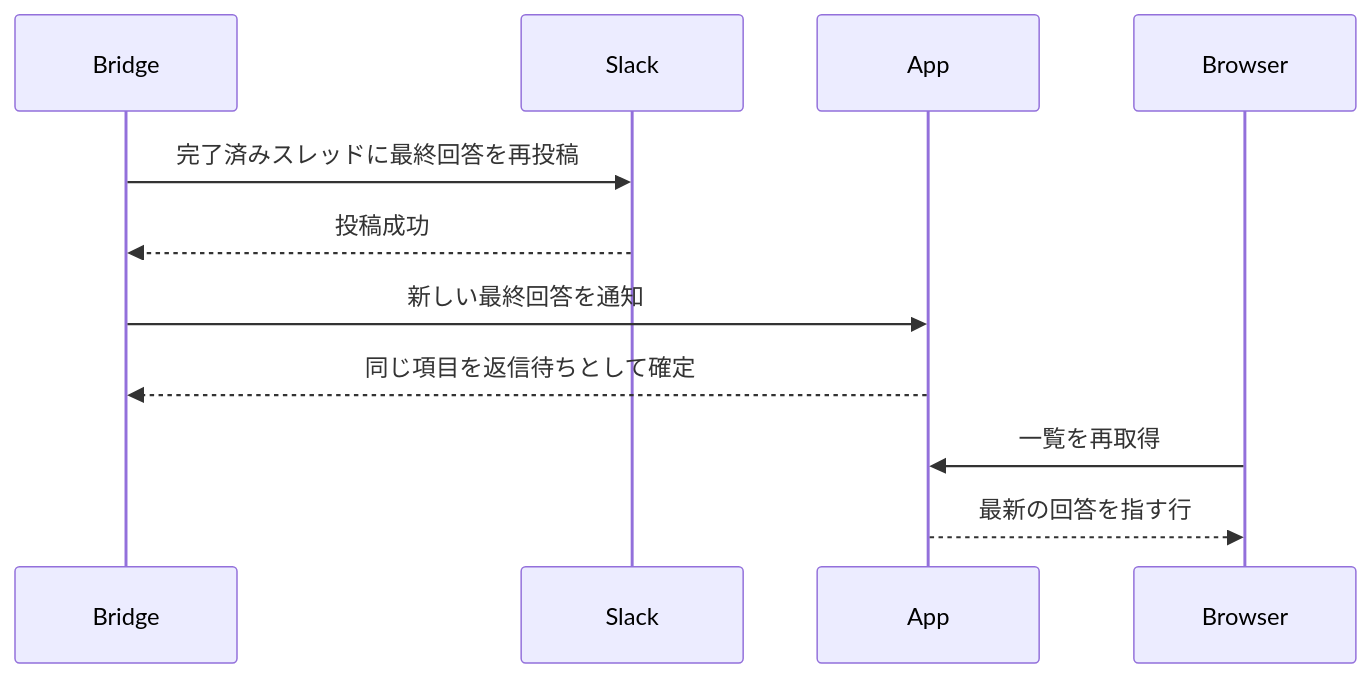
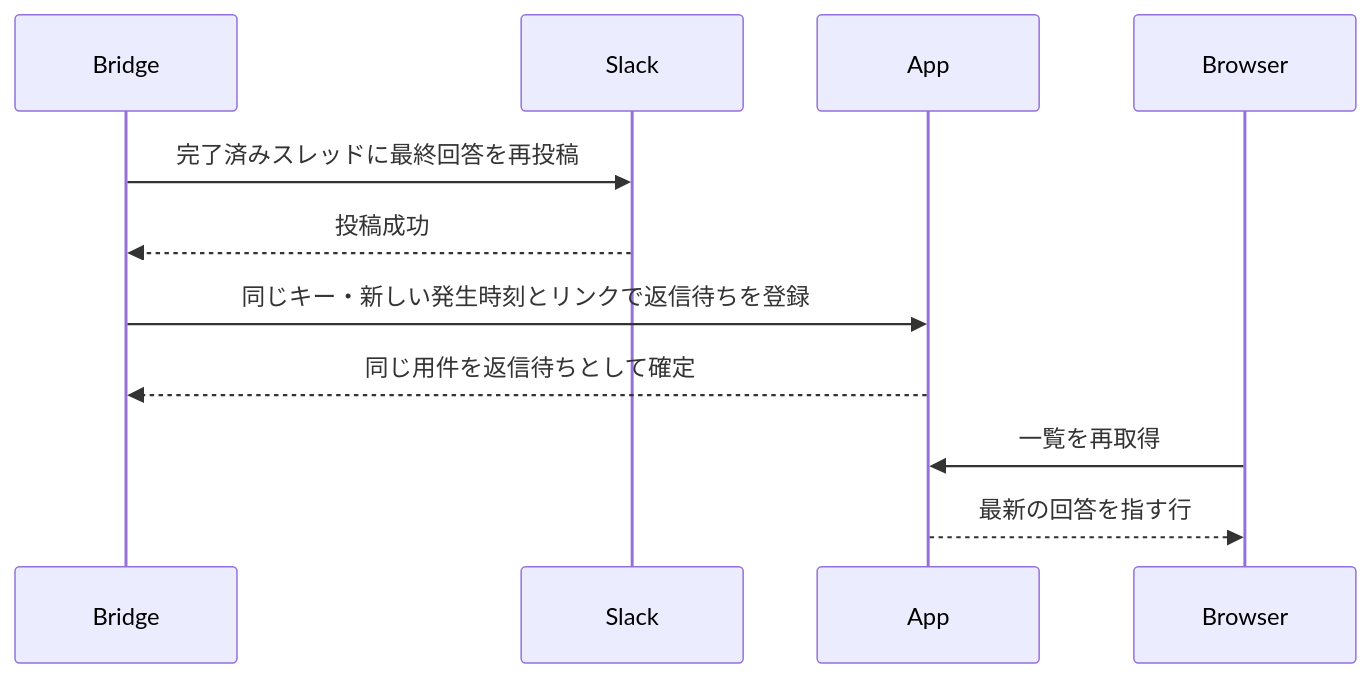
Before and after one commit to nishimura-yuma77/preview: the fourth of 4 diagrams in reply-watch/docs/spec/features/reply-tracking/USECASE.md, drawn with Mermaid. The commit also changed other lines of this file and 7 other files, not shown here.

````diff
--- a/reply-watch/docs/spec/features/reply-tracking/USECASE.md
+++ b/reply-watch/docs/spec/features/reply-tracking/USECASE.md
@@ -73,9 +73,9 @@
 ```mermaid
 sequenceDiagram
     Bridge->>Slack: 完了済みスレッドに最終回答を再投稿
     Slack-->>Bridge: 投稿成功
-    Bridge->>App: 新しい最終回答を通知
-    App-->>Bridge: 同じ項目を返信待ちとして確定
+    Bridge->>App: 同じキー・新しい発生時刻とリンクで返信待ちを登録
+    App-->>Bridge: 同じ用件を返信待ちとして確定
     Browser->>App: 一覧を再取得
     App-->>Browser: 最新の回答を指す行
 ```
````
